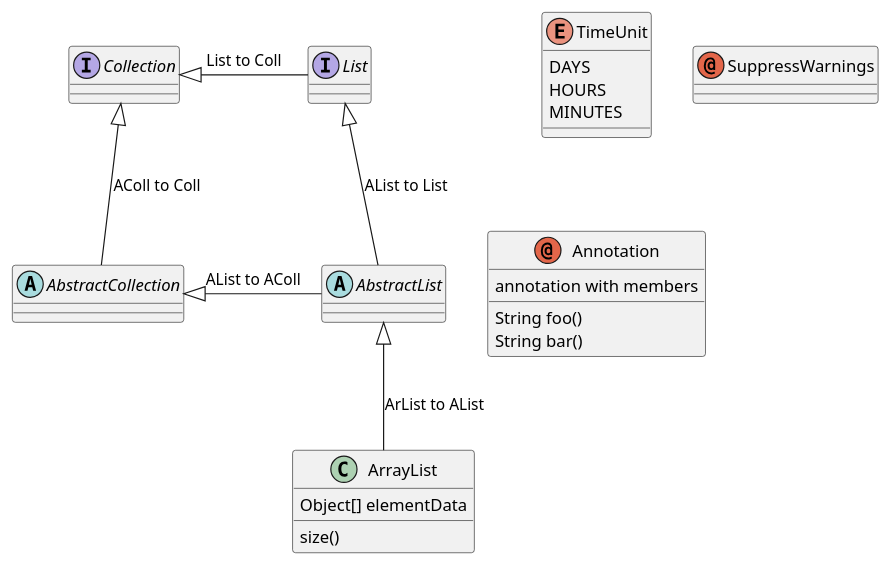
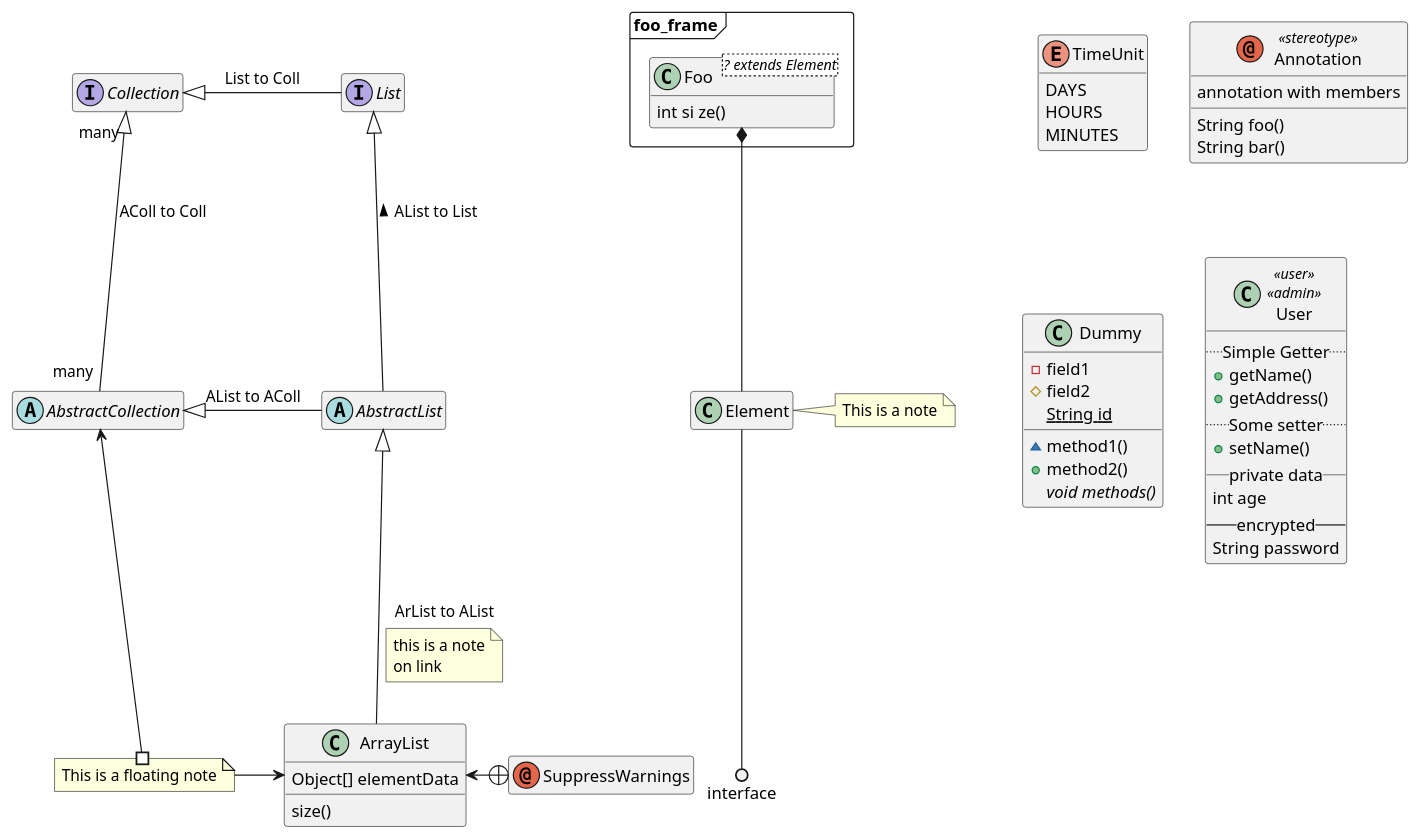
The diagram in input/Class-Abstract-Interface.puml (The-Lum/puml-themes-gallery), drawn with PlantUML before and after one commit.

Commit message:
🌱 upd: Update Class-Abstract-Interface.puml
Update with more representative class elements

```diff
--- a/input/Class-Abstract-Interface.puml
+++ b/input/Class-Abstract-Interface.puml
@@ -1,32 +1,76 @@
 @startuml
+hide empty members
 abstract class AbstractList
 abstract AbstractCollection
 interface List
 interface Collection
 
-List <|-- AbstractList : AList to List
-Collection <|-- AbstractCollection : AColl to Coll
+List <|-- AbstractList : AList to List <
+Collection "many" <|-- "many" AbstractCollection : AColl to Coll
 
 Collection <|- List : List to Coll
 AbstractCollection <|- AbstractList : AList to AColl
 AbstractList <|-- ArrayList : ArList to AList
+note on link: this is a note\non link
 
 class ArrayList {
   Object[] elementData
   size()
 }
 
 enum TimeUnit {
   DAYS
   HOURS
   MINUTES
 }
 
 annotation SuppressWarnings
-
-annotation Annotation {
+SuppressWarnings +-l-> ArrayList
+annotation Annotation  <<stereotype>> {
   annotation with members
   String foo()
   String bar()
 }
+
+class Dummy {
+ -field1
+ #field2
+ ~method1()
+ +method2()
+ {static} String id
+ {abstract} void methods()
+}
+
+note "This is a floating note" as N1
+
+N1 #-u-> AbstractCollection
+N1 -r-> ArrayList
+
+package foo_frame <<Frame>> {
+  class Foo<? extends Element> {
+    int si ze()
+  }
+}
+Foo *-- Element
+Element --() interface
+
+note right of Foo::size
+   This is a note
+end note
+
+note right of Element
+   This is a note
+end note
+
+class User <<user>> <<admin>> {
+  .. Simple Getter ..
+  + getName()
+  + getAddress()
+  .. Some setter ..
+  + setName()
+  __ private data __
+  int age
+  -- encrypted --
+  String password
+}
 @enduml
```
